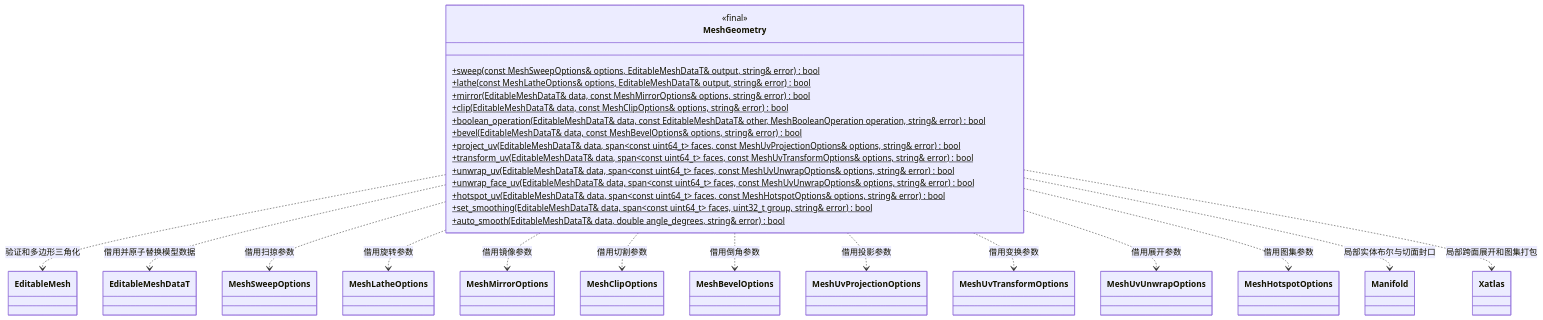
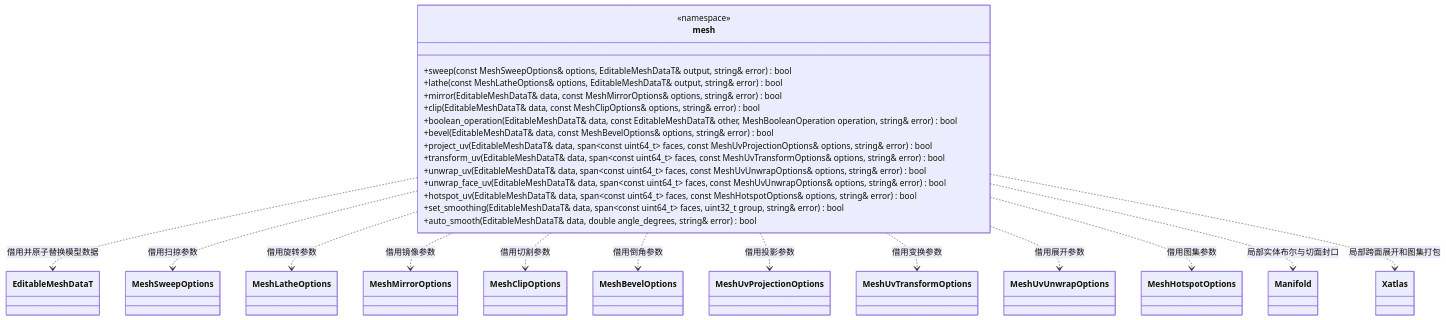
One commit to lcals/Engine changed the diagram in docs/plugins/editor/class-diagrams/mesh-geometry.md. Above: the diagram before and after it, drawn with Mermaid. The commit also changed other lines of this file and 133 other files, not shown here.

Commit message:
Simplify engine implementations under reviewed class diagrams

````diff
--- a/docs/plugins/editor/class-diagrams/mesh-geometry.md
+++ b/docs/plugins/editor/class-diagrams/mesh-geometry.md
@@ -9,45 +11,43 @@
 ```mermaid
 classDiagram
-    class MeshGeometry {
-        <<final>>
-        +sweep(const MeshSweepOptions& options, EditableMeshDataT& output, string& error) bool$
-        +lathe(const MeshLatheOptions& options, EditableMeshDataT& output, string& error) bool$
-        +mirror(EditableMeshDataT& data, const MeshMirrorOptions& options, string& error) bool$
-        +clip(EditableMeshDataT& data, const MeshClipOptions& options, string& error) bool$
-        +boolean_operation(EditableMeshDataT& data, const EditableMeshDataT& other, MeshBooleanOperation operation, string& error) bool$
-        +bevel(EditableMeshDataT& data, const MeshBevelOptions& options, string& error) bool$
-        +project_uv(EditableMeshDataT& data, span~const uint64_t~ faces, const MeshUvProjectionOptions& options, string& error) bool$
-        +transform_uv(EditableMeshDataT& data, span~const uint64_t~ faces, const MeshUvTransformOptions& options, string& error) bool$
-        +unwrap_uv(EditableMeshDataT& data, span~const uint64_t~ faces, const MeshUvUnwrapOptions& options, string& error) bool$
-        +unwrap_face_uv(EditableMeshDataT& data, span~const uint64_t~ faces, const MeshUvUnwrapOptions& options, string& error) bool$
-        +hotspot_uv(EditableMeshDataT& data, span~const uint64_t~ faces, const MeshHotspotOptions& options, string& error) bool$
-        +set_smoothing(EditableMeshDataT& data, span~const uint64_t~ faces, uint32_t group, string& error) bool$
-        +auto_smooth(EditableMeshDataT& data, double angle_degrees, string& error) bool$
+    class mesh {
+        <<namespace>>
+        +sweep(const MeshSweepOptions& options, EditableMeshDataT& output, string& error) bool
+        +lathe(const MeshLatheOptions& options, EditableMeshDataT& output, string& error) bool
+        +mirror(EditableMeshDataT& data, const MeshMirrorOptions& options, string& error) bool
+        +clip(EditableMeshDataT& data, const MeshClipOptions& options, string& error) bool
+        +boolean_operation(EditableMeshDataT& data, const EditableMeshDataT& other, MeshBooleanOperation operation, string& error) bool
+        +bevel(EditableMeshDataT& data, const MeshBevelOptions& options, string& error) bool
+        +project_uv(EditableMeshDataT& data, span~const uint64_t~ faces, const MeshUvProjectionOptions& options, string& error) bool
+        +transform_uv(EditableMeshDataT& data, span~const uint64_t~ faces, const MeshUvTransformOptions& options, string& error) bool
+        +unwrap_uv(EditableMeshDataT& data, span~const uint64_t~ faces, const MeshUvUnwrapOptions& options, string& error) bool
+        +unwrap_face_uv(EditableMeshDataT& data, span~const uint64_t~ faces, const MeshUvUnwrapOptions& options, string& error) bool
+        +hotspot_uv(EditableMeshDataT& data, span~const uint64_t~ faces, const MeshHotspotOptions& options, string& error) bool
+        +set_smoothing(EditableMeshDataT& data, span~const uint64_t~ faces, uint32_t group, string& error) bool
+        +auto_smooth(EditableMeshDataT& data, double angle_degrees, string& error) bool
     }
-    class EditableMesh
     class EditableMeshDataT
     class MeshSweepOptions
     class MeshLatheOptions
     class MeshMirrorOptions
     class MeshClipOptions
     class MeshBevelOptions
     class MeshUvProjectionOptions
     class MeshUvTransformOptions
     class MeshUvUnwrapOptions
     class MeshHotspotOptions
     class Manifold
     class Xatlas
-    MeshGeometry ..> EditableMesh : 验证和多边形三角化
-    MeshGeometry ..> EditableMeshDataT : 借用并原子替换模型数据
-    MeshGeometry ..> MeshSweepOptions : 借用扫掠参数
-    MeshGeometry ..> MeshLatheOptions : 借用旋转参数
-    MeshGeometry ..> MeshMirrorOptions : 借用镜像参数
-    MeshGeometry ..> MeshClipOptions : 借用切割参数
-    MeshGeometry ..> MeshBevelOptions : 借用倒角参数
-    MeshGeometry ..> MeshUvProjectionOptions : 借用投影参数
-    MeshGeometry ..> MeshUvTransformOptions : 借用变换参数
-    MeshGeometry ..> MeshUvUnwrapOptions : 借用展开参数
-    MeshGeometry ..> MeshHotspotOptions : 借用图集参数
-    MeshGeometry ..> Manifold : 局部实体布尔与切面封口
-    MeshGeometry ..> Xatlas : 局部跨面展开和图集打包
+    mesh ..> EditableMeshDataT : 借用并原子替换模型数据
+    mesh ..> MeshSweepOptions : 借用扫掠参数
+    mesh ..> MeshLatheOptions : 借用旋转参数
+    mesh ..> MeshMirrorOptions : 借用镜像参数
+    mesh ..> MeshClipOptions : 借用切割参数
+    mesh ..> MeshBevelOptions : 借用倒角参数
+    mesh ..> MeshUvProjectionOptions : 借用投影参数
+    mesh ..> MeshUvTransformOptions : 借用变换参数
+    mesh ..> MeshUvUnwrapOptions : 借用展开参数
+    mesh ..> MeshHotspotOptions : 借用图集参数
+    mesh ..> Manifold : 局部实体布尔与切面封口
+    mesh ..> Xatlas : 局部跨面展开和图集打包
 ```
````
